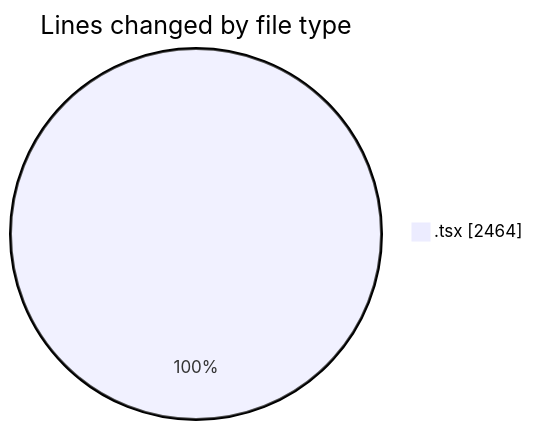
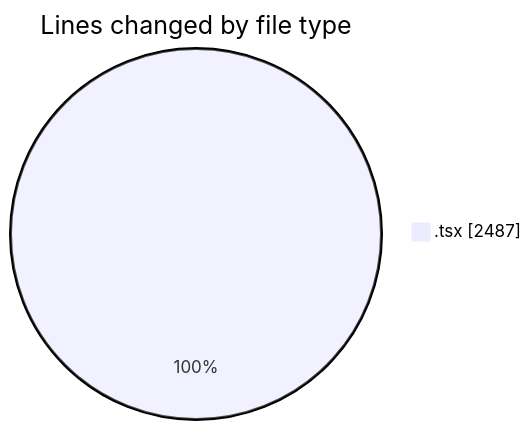
The first of 2 diagrams in 2025-11-17/cda/README.md (momahboobian/code-tracking), drawn with Mermaid before and after one commit. The commit also changed other lines of this file and 1 other file, not shown here.

````diff
--- a/2025-11-17/cda/README.md
+++ b/2025-11-17/cda/README.md
@@ -20,5 +20,5 @@
 ```mermaid
 pie showData
 title Lines changed by file type
-".tsx" : 2464
+".tsx" : 2487
 ```
````
